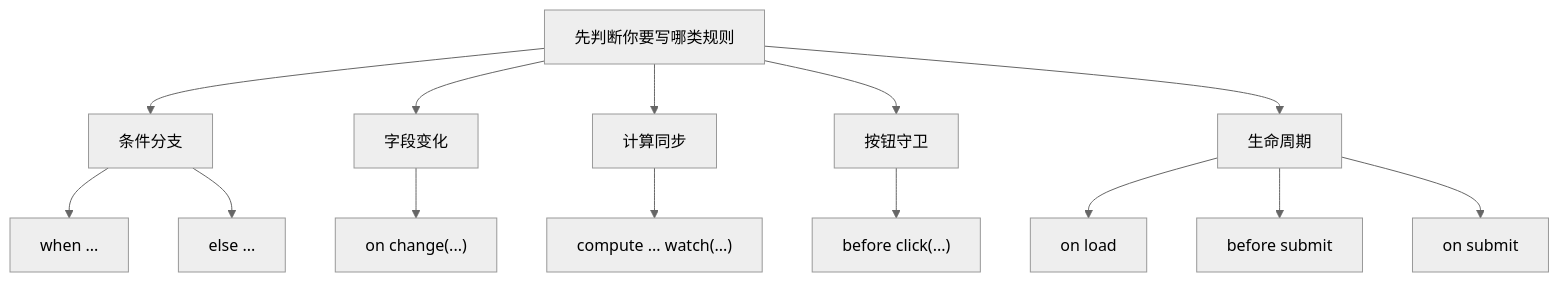
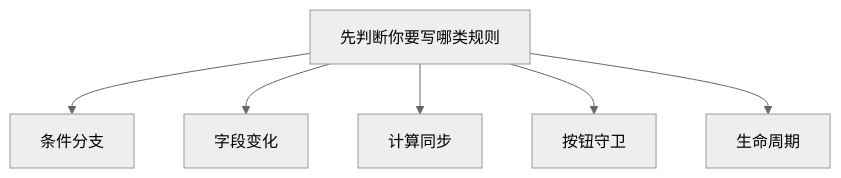
Before and after one commit to xns1997/FormFlow-Studio: the diagram in ui/src/services/io/docs/markdown/behavior-rule-syntax-grammar.md, drawn with Mermaid (neutral theme). The commit also changed 36 other files, not shown here.

First line of the commit message:
docs: 补齐文档平台流程图并修正内容

````diff
--- a/ui/src/services/io/docs/markdown/behavior-rule-syntax-grammar.md
+++ b/ui/src/services/io/docs/markdown/behavior-rule-syntax-grammar.md
@@ -16,16 +16,8 @@
 ```mermaid
 flowchart TD
   A["先判断你要写哪类规则"] --> B["条件分支"]
   A --> C["字段变化"]
   A --> D["计算同步"]
   A --> E["按钮守卫"]
   A --> F["生命周期"]
-  B --> B1["when ..."]
-  B --> B2["else ..."]
-  C --> C1["on change(...)"]
-  D --> D1["compute ... watch(...)"]
-  E --> E1["before click(...)"]
-  F --> F1["on load"]
-  F --> F2["before submit"]
-  F --> F3["on submit"]
 ```
````
